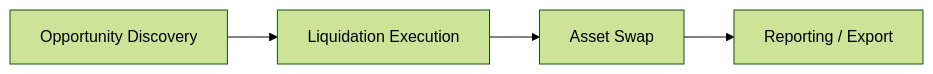
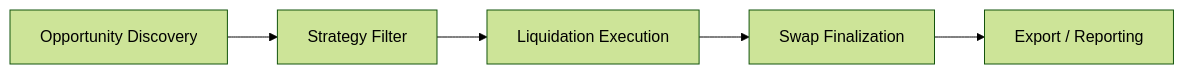
One commit to Liquidium-Inc/liquidium-pipeline changed the diagram in readme.md. Above: the diagram before and after it, drawn with Mermaid (forest theme). The commit also changed other lines of this file and 1 other file, not shown here.

````diff
--- a/readme.md
+++ b/readme.md
@@ -89,6 +143,7 @@
 ```mermaid
 flowchart LR
-    A[Opportunity Discovery] --> B[Liquidation Execution]
-    B --> C[Asset Swap]
-    C --> D[Reporting / Export]
+    A[Opportunity Discovery] --> B[Strategy Filter]
+    B --> C[Liquidation Execution]
+    C --> D[Swap Finalization]
+    D --> E[Export / Reporting]
 ```
````
